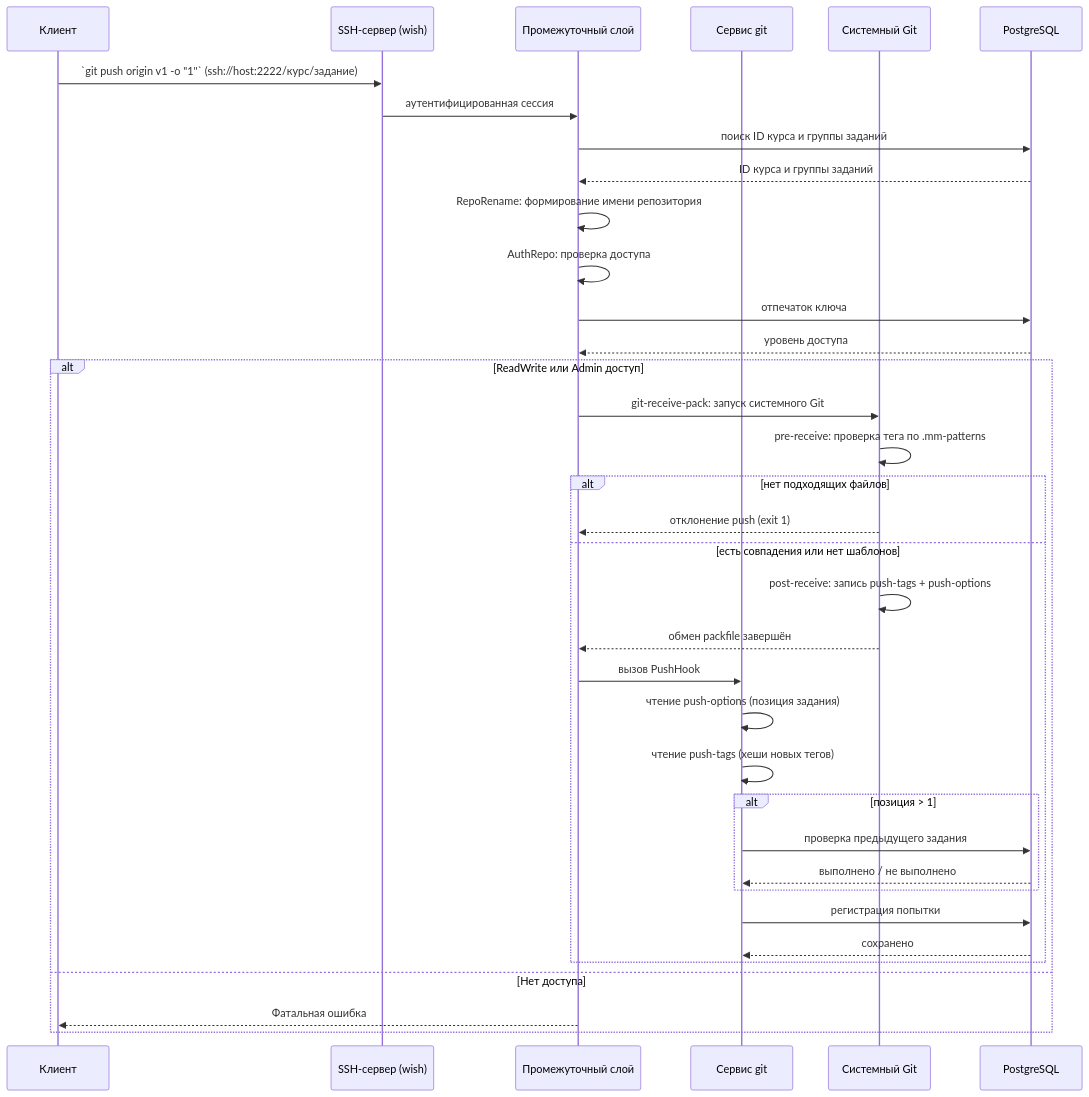
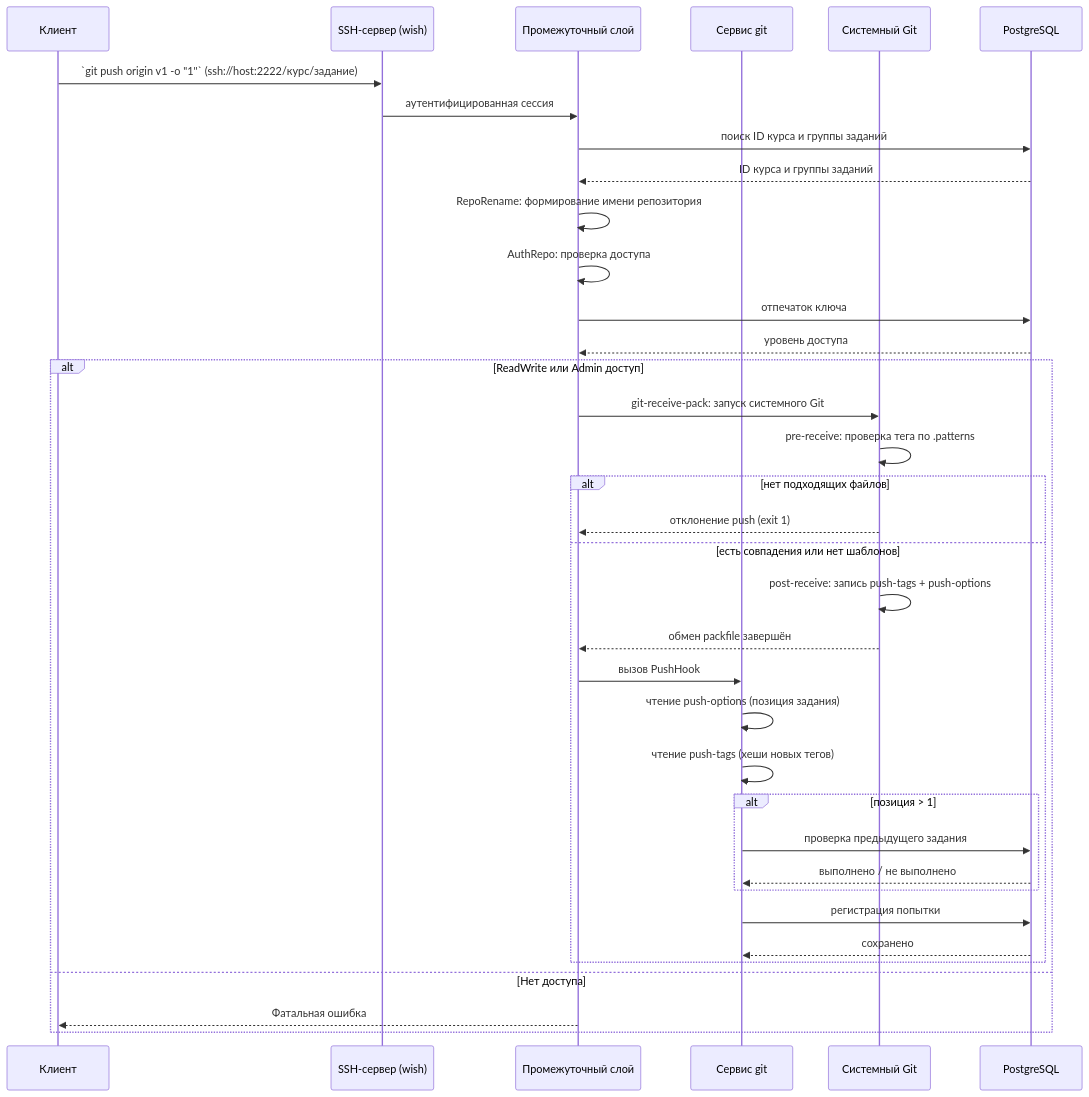
Before and after one commit to Aljel/CourseWork: the diagram in figures/push-flow.mmd, drawn with Mermaid. The commit also changed 1 other file, not shown here.

```diff
--- a/figures/push-flow.mmd
+++ b/figures/push-flow.mmd
@@ -1,37 +1,37 @@
 sequenceDiagram
     participant C as Клиент
     participant SSH as SSH-сервер (wish)
     participant MW as Промежуточный слой
     participant Svc as Сервис git
     participant Git as Системный Git
     participant DB as PostgreSQL
 
     C->>SSH: `git push origin v1 -o "1"` (ssh://host:2222/курс/задание)
     SSH->>MW: аутентифицированная сессия
     MW->>DB: поиск ID курса и группы заданий
     DB-->>MW: ID курса и группы заданий
     MW->>MW: RepoRename: формирование имени репозитория
     MW->>MW: AuthRepo: проверка доступа
     MW->>DB: отпечаток ключа
     DB-->>MW: уровень доступа
     alt ReadWrite или Admin доступ
         MW->>Git: git-receive-pack: запуск системного Git
-        Git->>Git: pre-receive: проверка тега по .mm-patterns
+        Git->>Git: pre-receive: проверка тега по .patterns
         alt нет подходящих файлов
             Git-->>MW: отклонение push (exit 1)
         else есть совпадения или нет шаблонов
             Git->>Git: post-receive: запись push-tags + push-options
             Git-->>MW: обмен packfile завершён
             MW->>Svc: вызов PushHook
             Svc->>Svc: чтение push-options (позиция задания)
             Svc->>Svc: чтение push-tags (хеши новых тегов)
             alt позиция > 1
                 Svc->>DB: проверка предыдущего задания
                 DB-->>Svc: выполнено / не выполнено
             end
             Svc->>DB: регистрация попытки
             DB-->>Svc: сохранено
         end
     else Нет доступа
         MW-->>C: Фатальная ошибка
     end
```
